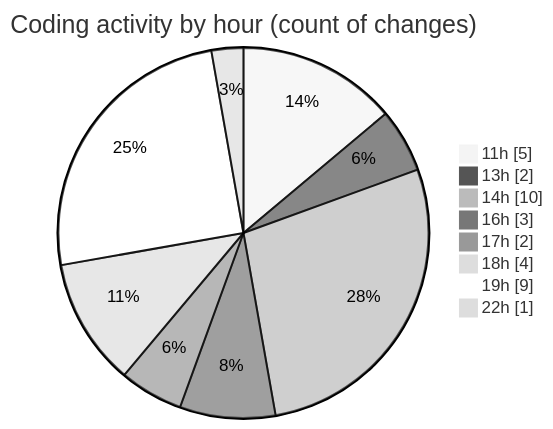
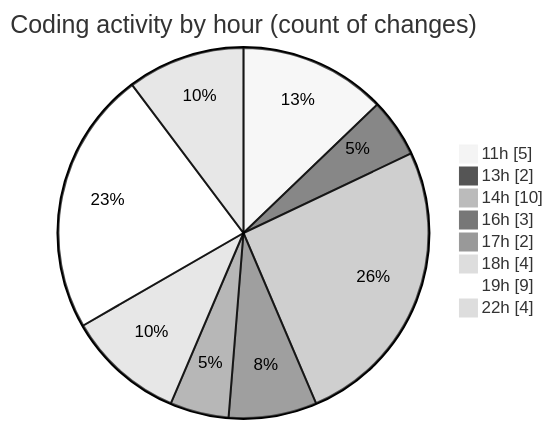
The second of 2 diagrams in 2025-10-27/usr_aleoudev_fr__workspace_/README.md (julien-gomy/code-tracking), drawn with Mermaid (neutral theme) before and after one commit. The commit also changed other lines of this file and 1 other file, not shown here.

````diff
--- a/2025-10-27/usr_aleoudev_fr__workspace_/README.md
+++ b/2025-10-27/usr_aleoudev_fr__workspace_/README.md
@@ -37,12 +37,12 @@
 ```mermaid
 pie showData
 title Coding activity by hour (count of changes)
 "11h" : 5
 "13h" : 2
 "14h" : 10
 "16h" : 3
 "17h" : 2
 "18h" : 4
 "19h" : 9
-"22h" : 1
+"22h" : 4
 ```
````
